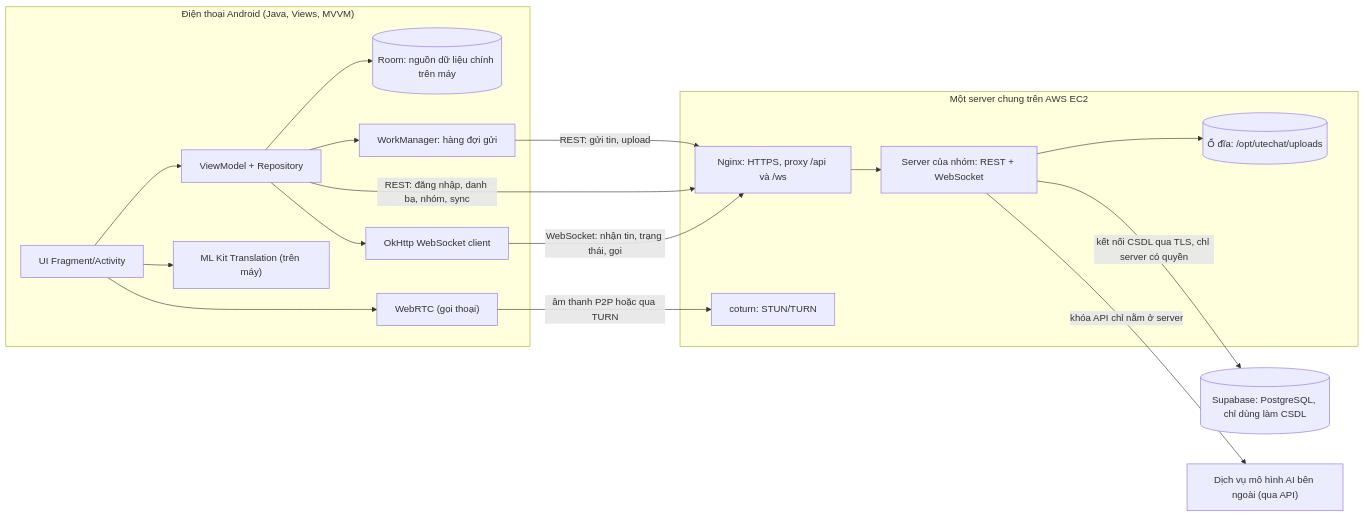
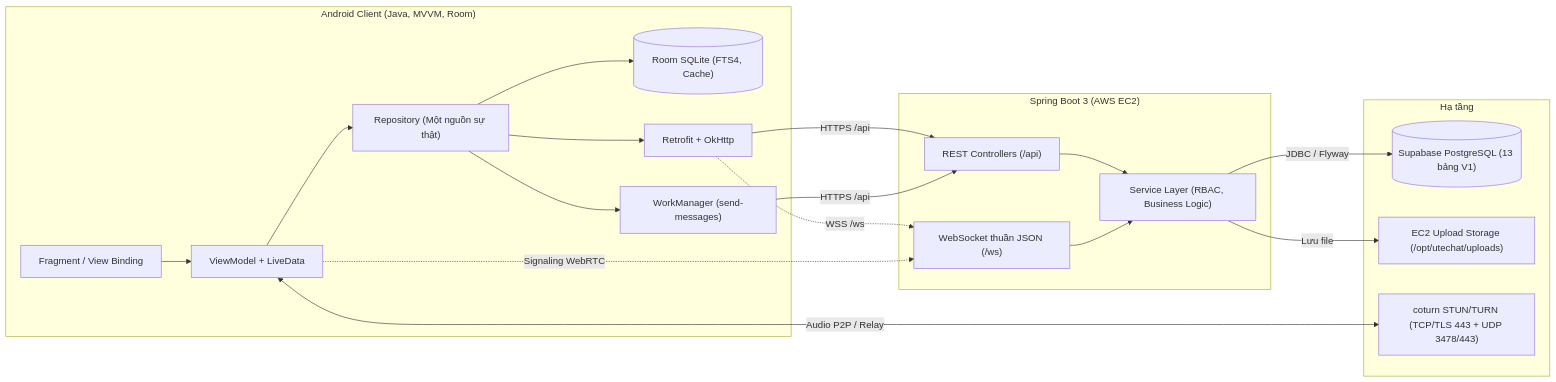
Before and after one commit to Project-Mobile-TEAM/Project_Mobile: the diagram in docs/ARCHITECTURE_DECISIONS.md, drawn with Mermaid. The commit also changed other lines of this file and 8 other files, not shown here.

Commit message:
docs: complete architecture specifications, API contract and deployment security

````diff
--- a/docs/ARCHITECTURE_DECISIONS.md
+++ b/docs/ARCHITECTURE_DECISIONS.md
@@ -9,37 +8,32 @@
 ```mermaid
 flowchart LR
-    subgraph Phone["Điện thoại Android (Java, Views, MVVM)"]
-        UI["UI Fragment/Activity"]
-        VM["ViewModel + Repository"]
-        ROOM[("Room: nguồn dữ liệu chính trên máy")]
-        OUTBOX["WorkManager: hàng đợi gửi"]
-        WSC["OkHttp WebSocket client"]
-        RTC["WebRTC (gọi thoại)"]
-        MLK["ML Kit Translation (trên máy)"]
-        UI --> VM --> ROOM
-        VM --> OUTBOX
-        VM --> WSC
-        UI --> RTC
-        UI --> MLK
+    subgraph Client["Android Client (Java, MVVM, Room)"]
+        UI["Fragment / View Binding"] --> VM["ViewModel + LiveData"]
+        VM --> Repo["Repository (Một nguồn sự thật)"]
+        Repo --> Room[("Room SQLite (FTS4, Cache)")]
+        Repo --> Net["Retrofit + OkHttp"]
+        Repo --> WM["WorkManager (send-messages)"]
     end
 
-    subgraph AWS["Một server chung trên AWS EC2"]
-        NGINX["Nginx: HTTPS, proxy /api và /ws"]
-        SB["Server của nhóm: REST + WebSocket"]
-        FILES[("Ổ đĩa: /opt/utechat/uploads")]
-        TURN["coturn: STUN/TURN"]
-        NGINX --> SB
-        SB --> FILES
+    subgraph Server["Spring Boot 3 (AWS EC2)"]
+        REST["REST Controllers (/api)"]
+        WS["WebSocket thuần JSON (/ws)"]
+        Svc["Service Layer (RBAC, Business Logic)"]
+        REST --> Svc
+        WS --> Svc
     end
 
-    DB[("Supabase: PostgreSQL, chỉ dùng làm CSDL")]
-    SB -- "kết nối CSDL qua TLS, chỉ server có quyền" --> DB
+    subgraph Infra["Hạ tầng"]
+        Supa[("Supabase PostgreSQL (13 bảng V1)")]
+        Disk["EC2 Upload Storage (/opt/utechat/uploads)"]
+        Turn["coturn STUN/TURN (TCP/TLS 443 + UDP 3478/443)"]
+    end
 
-    LLM["Dịch vụ mô hình AI bên ngoài (qua API)"]
-
-    OUTBOX -- "REST: gửi tin, upload" --> NGINX
-    VM -- "REST: đăng nhập, danh bạ, nhóm, sync" --> NGINX
-    WSC -- "WebSocket: nhận tin, trạng thái, gọi" --> NGINX
-    RTC -- "âm thanh P2P hoặc qua TURN" --> TURN
-    SB -- "khóa API chỉ nằm ở server" --> LLM
+    Net -->|HTTPS /api| REST
+    WM -->|HTTPS /api| REST
+    Net -.->|WSS /ws| WS
+    Svc -->|JDBC / Flyway| Supa
+    Svc -->|Lưu file| Disk
+    VM -.->|Signaling WebRTC| WS
+    VM <-->|Audio P2P / Relay| Turn
 ```
````
